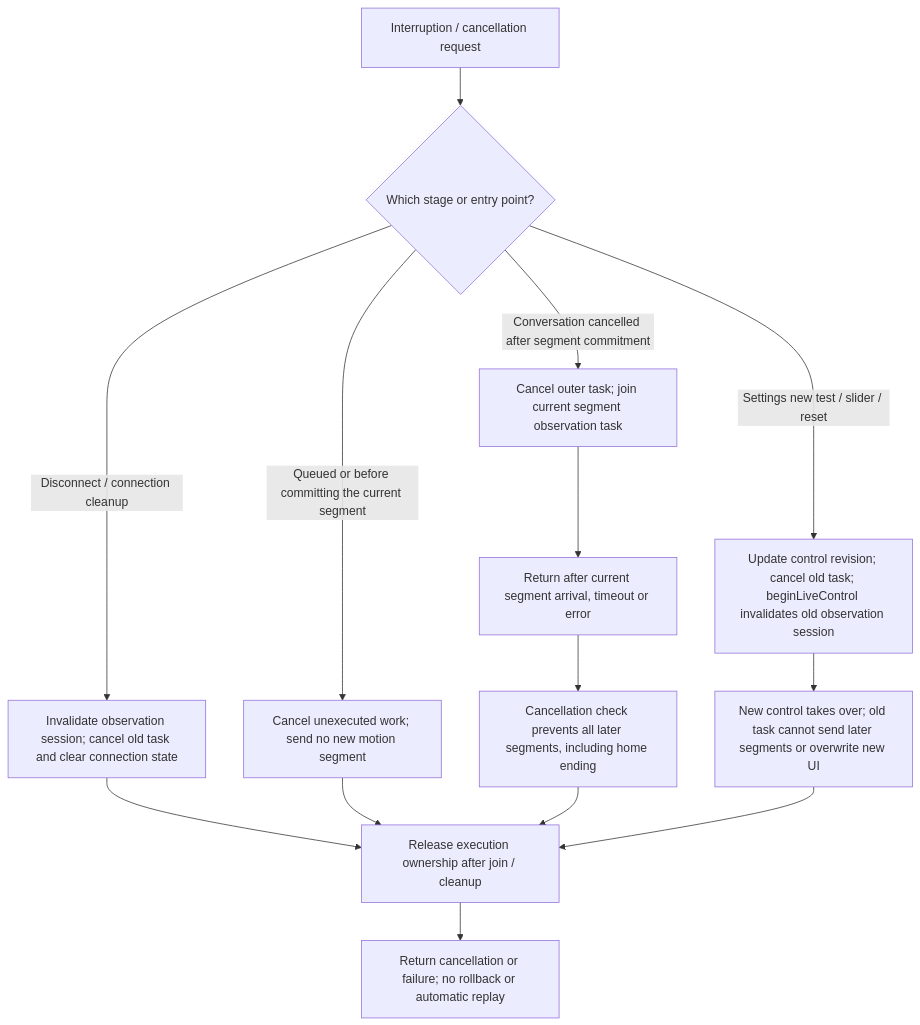
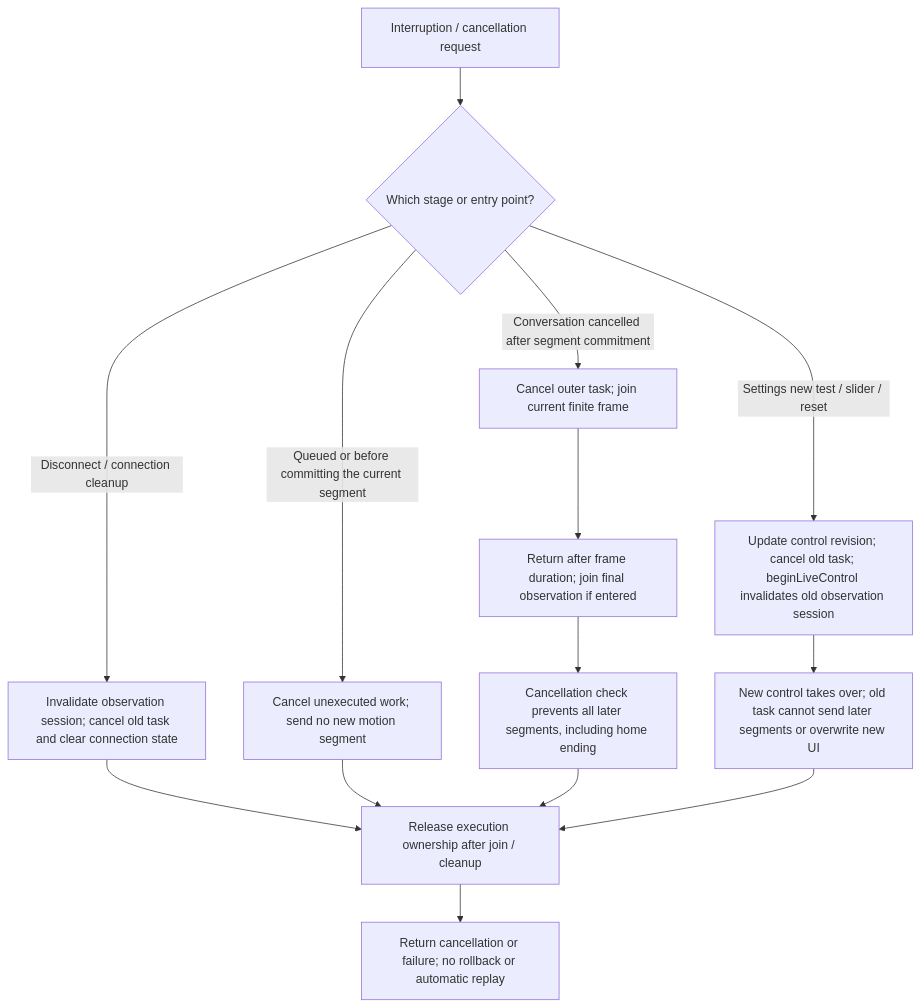
Before and after one commit to devilyouwei/MobileHarness: the third of 4 diagrams in MobileHarness/Actions/NexArm/README.md, drawn with Mermaid. The commit also changed other lines of this file and 118 other files, not shown here.

````diff
--- a/MobileHarness/Actions/NexArm/README.md
+++ b/MobileHarness/Actions/NexArm/README.md
@@ -103,16 +84,16 @@
 ```mermaid
 flowchart TD
     Interrupt["Interruption / cancellation request"] --> Kind{"Which stage or entry point?"}
     Kind -->|Queued or before committing the current segment| Before["Cancel unexecuted work; send no new motion segment"]
-    Kind -->|Conversation cancelled after segment commitment| Join["Cancel outer task; join current segment observation task"]
-    Join --> Bound["Return after current segment arrival, timeout or error"]
+    Kind -->|Conversation cancelled after segment commitment| Join["Cancel outer task; join current finite frame"]
+    Join --> Bound["Return after frame duration; join final observation if entered"]
     Bound --> Stop["Cancellation check prevents all later segments, including home ending"]
     Kind -->|Settings new test / slider / reset| Takeover["Update control revision; cancel old task; beginLiveControl invalidates old observation session"]
     Takeover --> New["New control takes over; old task cannot send later segments or overwrite new UI"]
     Kind -->|Disconnect / connection cleanup| Disconnect["Invalidate observation session; cancel old task and clear connection state"]
     Disconnect --> Cleanup["Release execution ownership after join / cleanup"]
     Before --> Cleanup
     Stop --> Cleanup
     New --> Cleanup
     Cleanup --> Result["Return cancellation or failure; no rollback or automatic replay"]
 ```
````
